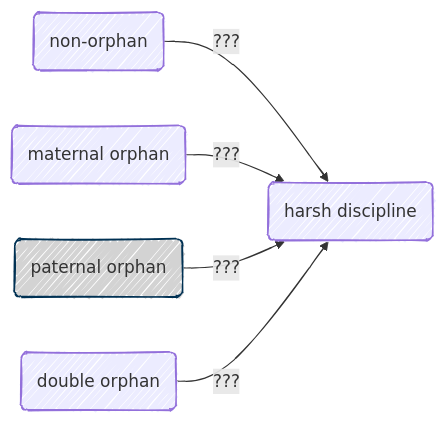
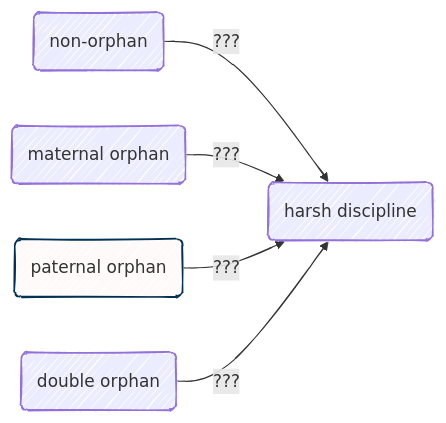
Before and after one commit to agrogan1/closeread: the diagram in orphan/diagrams.md, drawn with Mermaid.

````diff
--- a/orphan/diagrams.md
+++ b/orphan/diagrams.md
@@ -1,13 +1,13 @@
 ```mermaid
 ---
 config:
   look: handDrawn
   theme: default
 ---
 flowchart LR
   nonorphan(non-orphan) --> |"???"| harshdiscipline(harsh discipline)
   maternalorphan(maternal orphan) --> |"???"| harshdiscipline(harsh discipline)
   paternalorphan(paternal orphan) --> |"???"| harshdiscipline(harsh discipline)
   doubleorphan(double orphan) --> |"???"| harshdiscipline(harsh discipline)
-  style paternalorphan stroke:#003153,fill:#D3D3D3
+  style paternalorphan stroke:#003153,fill:#FFFAFA
 ```
````
